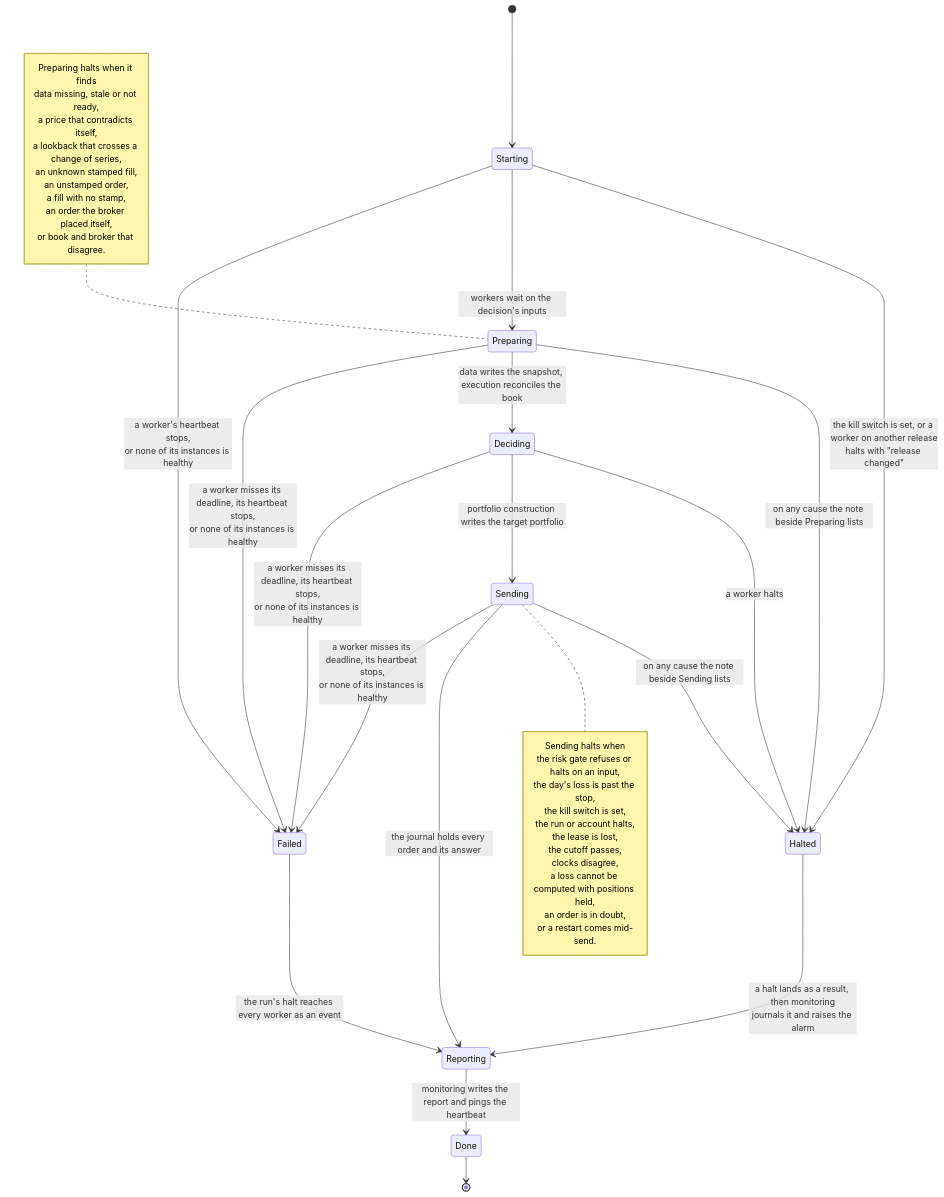
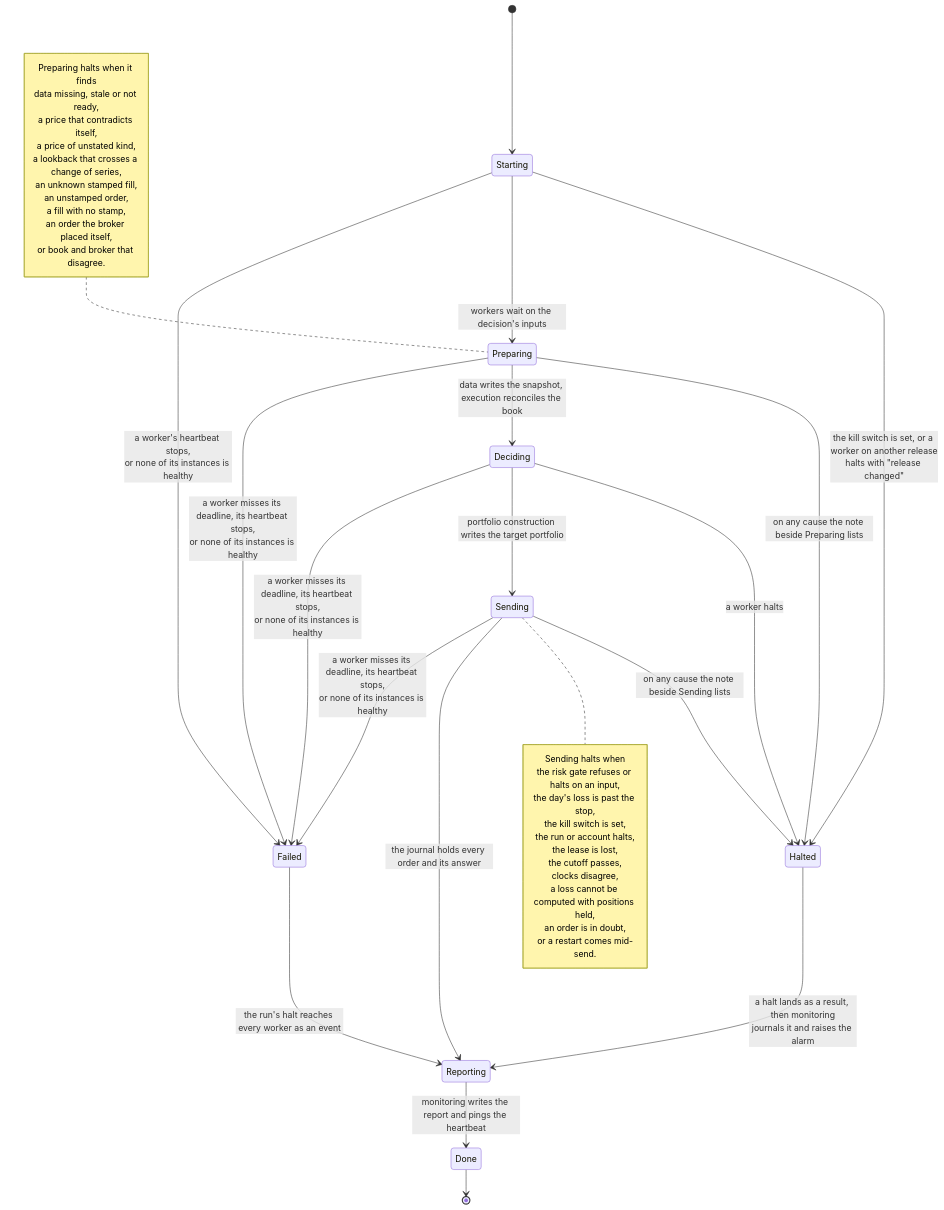
Diagram 18 of 18 in docs/architecture/06-runtime.md (l3a0/ithildin-runtime), drawn with Mermaid before and after one commit. The commit also changed 4 other files, not shown here.

````diff
--- a/docs/architecture/06-runtime.md
+++ b/docs/architecture/06-runtime.md
@@ -1192,44 +1192,45 @@
 ```mermaid
 stateDiagram-v2
     [*] --> Starting
     Starting --> Halted: the kill switch is set, or a worker on another release<br/>halts with "release changed"
     Starting --> Preparing: workers wait on the decision's inputs
     Preparing --> Halted: on any cause the note beside Preparing lists
     note left of Preparing
         Preparing halts when it finds
         data missing, stale or not ready,
         a price that contradicts itself,
+        a price of unstated kind,
         a lookback that crosses a change of series,
         an unknown stamped fill,
         an unstamped order,
         a fill with no stamp,
         an order the broker placed itself,
         or book and broker that disagree.
     end note
     Preparing --> Deciding: data writes the snapshot, execution reconciles the book
     Deciding --> Halted: a worker halts
     Deciding --> Sending: portfolio construction writes the target portfolio
     Sending --> Halted: on any cause the note beside Sending lists
     note right of Sending
         Sending halts when
         the risk gate refuses or halts on an input,
         the day's loss is past the stop,
         the kill switch is set,
         the run or account halts,
         the lease is lost,
         the cutoff passes,
         clocks disagree,
         a loss cannot be computed with positions held,
         an order is in doubt,
         or a restart comes mid-send.
     end note
     Sending --> Reporting: the journal holds every order and its answer
     Halted --> Reporting: a halt lands as a result, then monitoring<br/>journals it and raises the alarm
     Reporting --> Done: monitoring writes the report and pings the heartbeat
     Done --> [*]
     Starting --> Failed: a worker's heartbeat stops,<br/>or none of its instances is healthy
     Preparing --> Failed: a worker misses its deadline, its heartbeat stops,<br/>or none of its instances is healthy
     Deciding --> Failed: a worker misses its deadline, its heartbeat stops,<br/>or none of its instances is healthy
     Sending --> Failed: a worker misses its deadline, its heartbeat stops,<br/>or none of its instances is healthy
     Failed --> Reporting: the run's halt reaches every worker as an event
 ```
````
